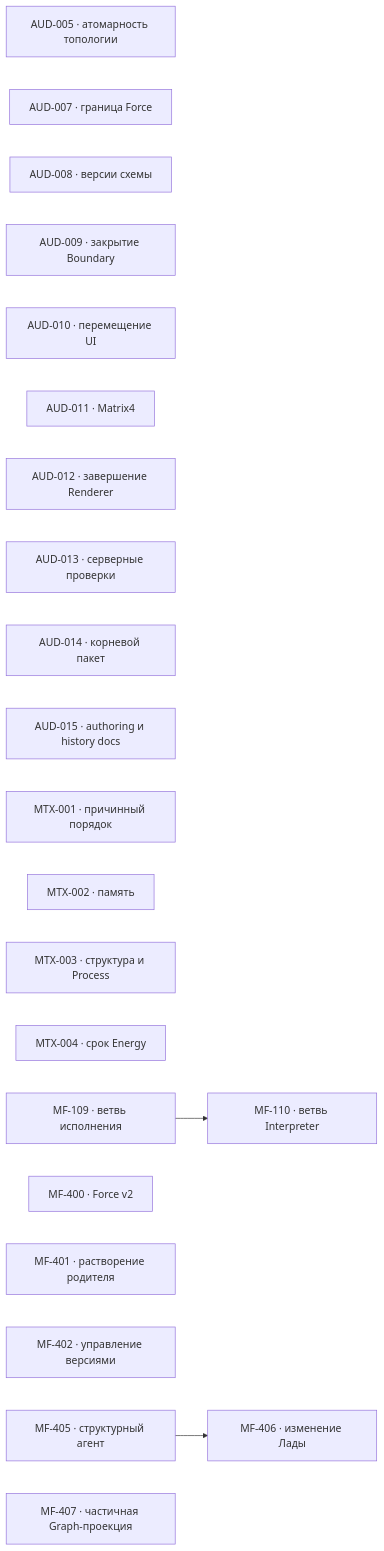
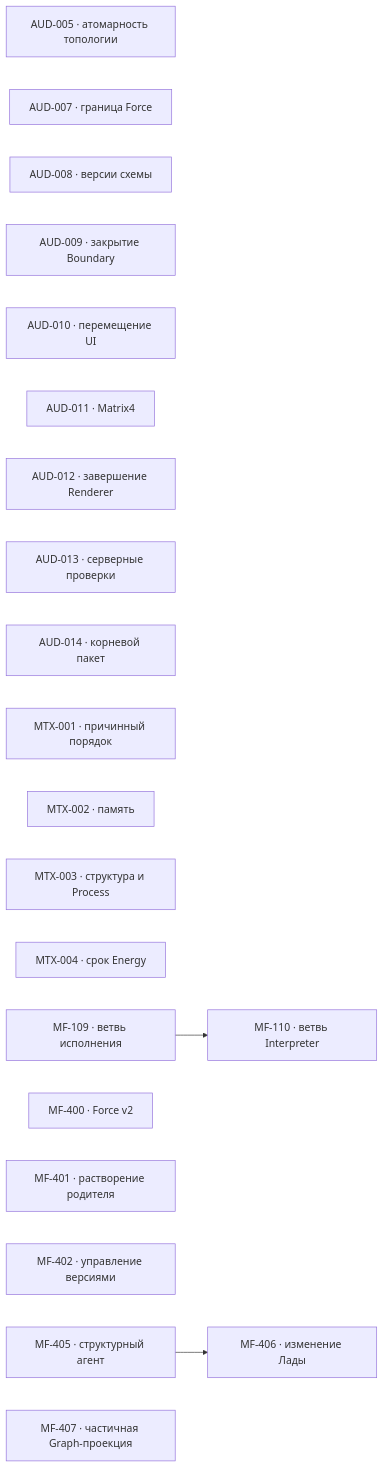
The diagram in project/TODO.md (zavx0z/metafor), drawn with Mermaid before and after one commit. The commit also changed other lines of this file and 1 other file, not shown here.

Commit message:
docs(project): close AUD-015

````diff
--- a/project/TODO.md
+++ b/project/TODO.md
@@ -13,27 +13,26 @@
 ```mermaid
 flowchart LR
     AUD005["AUD-005 · атомарность топологии"]
     AUD007["AUD-007 · граница Force"]
     AUD008["AUD-008 · версии схемы"]
     AUD009["AUD-009 · закрытие Boundary"]
     AUD010["AUD-010 · перемещение UI"]
     AUD011["AUD-011 · Matrix4"]
     AUD012["AUD-012 · завершение Renderer"]
     AUD013["AUD-013 · серверные проверки"]
     AUD014["AUD-014 · корневой пакет"]
-    AUD015["AUD-015 · authoring и history docs"]
     MTX001["MTX-001 · причинный порядок"]
     MTX002["MTX-002 · память"]
     MTX003["MTX-003 · структура и Process"]
     MTX004["MTX-004 · срок Energy"]
     MF109["MF-109 · ветвь исполнения"]
     MF110["MF-110 · ветвь Interpreter"]
     MF400["MF-400 · Force v2"]
     MF401["MF-401 · растворение родителя"]
     MF402["MF-402 · управление версиями"]
     MF405["MF-405 · структурный агент"]
     MF406["MF-406 · изменение Лады"]
     MF407["MF-407 · частичная Graph-проекция"]
     MF109 --> MF110
     MF405 --> MF406
 ```
````
